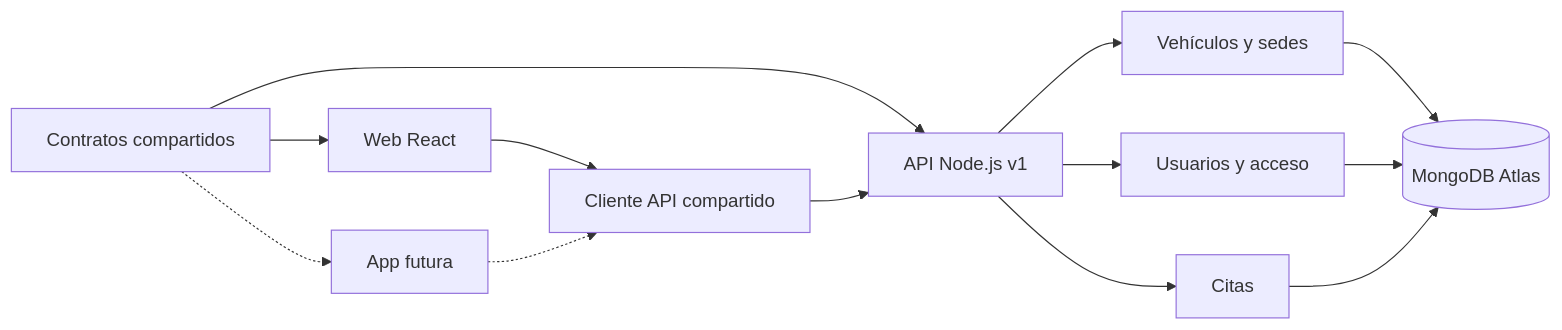
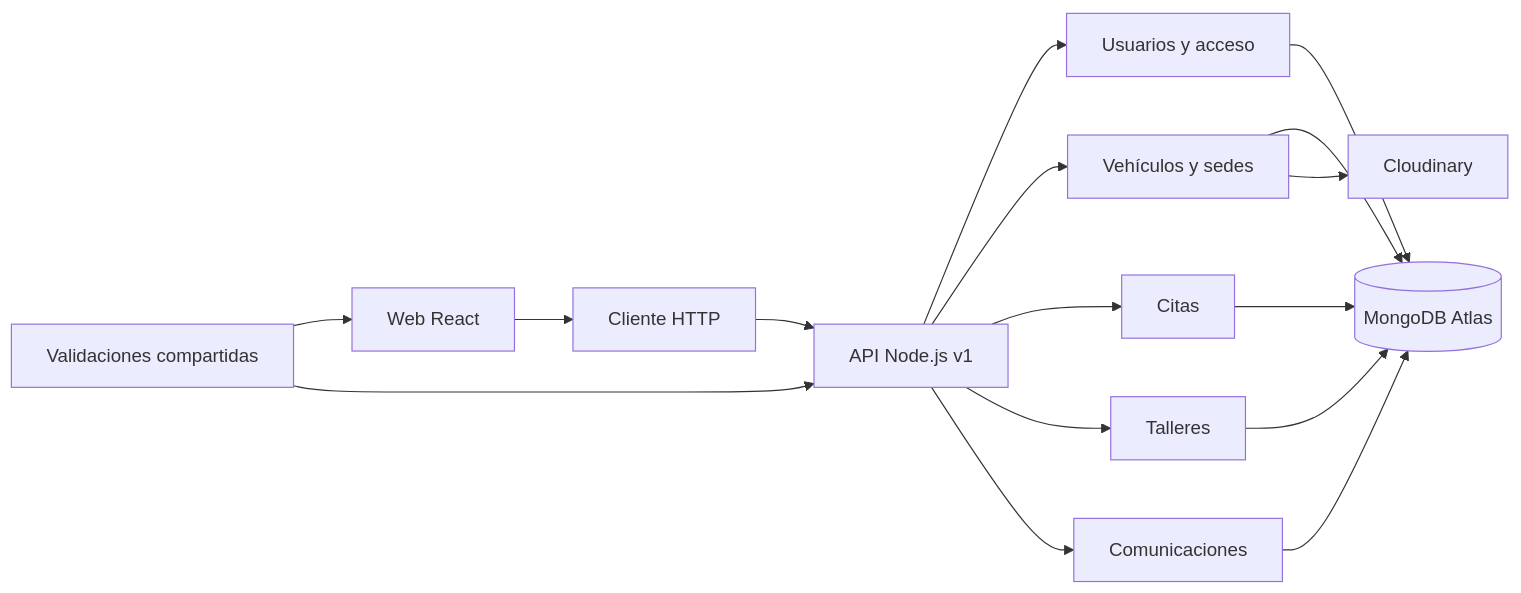
Before and after one commit to AraceliFradejas/RTC-PROYECTO13-FULL-STACK-REACT: the diagram in docs/ARQUITECTURA.md, drawn with Mermaid. The commit also changed other lines of this file and 38 other files, not shown here.

````diff
--- a/docs/ARQUITECTURA.md
+++ b/docs/ARQUITECTURA.md
@@ -7,15 +7,18 @@
 ```mermaid
 flowchart LR
-  Web[Web React] --> Client[Cliente API compartido]
-  Mobile[App futura] -.-> Client
-  Contracts[Contratos compartidos] --> Web
-  Contracts -.-> Mobile
+  Web[Web React] --> Client[Cliente HTTP]
+  Contracts[Validaciones compartidas] --> Web
   Contracts --> API[API Node.js v1]
   Client --> API
   API --> Auth[Usuarios y acceso]
   API --> Catalog[Vehículos y sedes]
   API --> Appointments[Citas]
+  API --> Workshops[Talleres]
+  API --> Messages[Comunicaciones]
   Catalog --> DB[(MongoDB Atlas)]
   Auth --> DB
   Appointments --> DB
+  Workshops --> DB
+  Messages --> DB
+  Catalog --> Images[Cloudinary]
 ```
````
